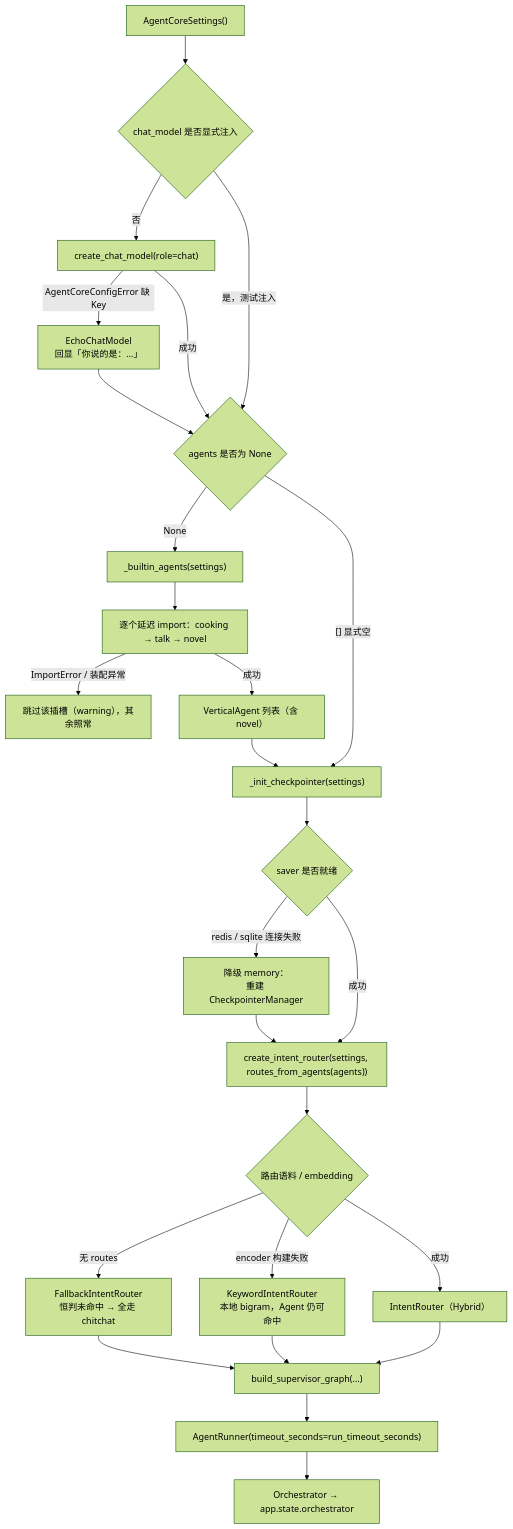
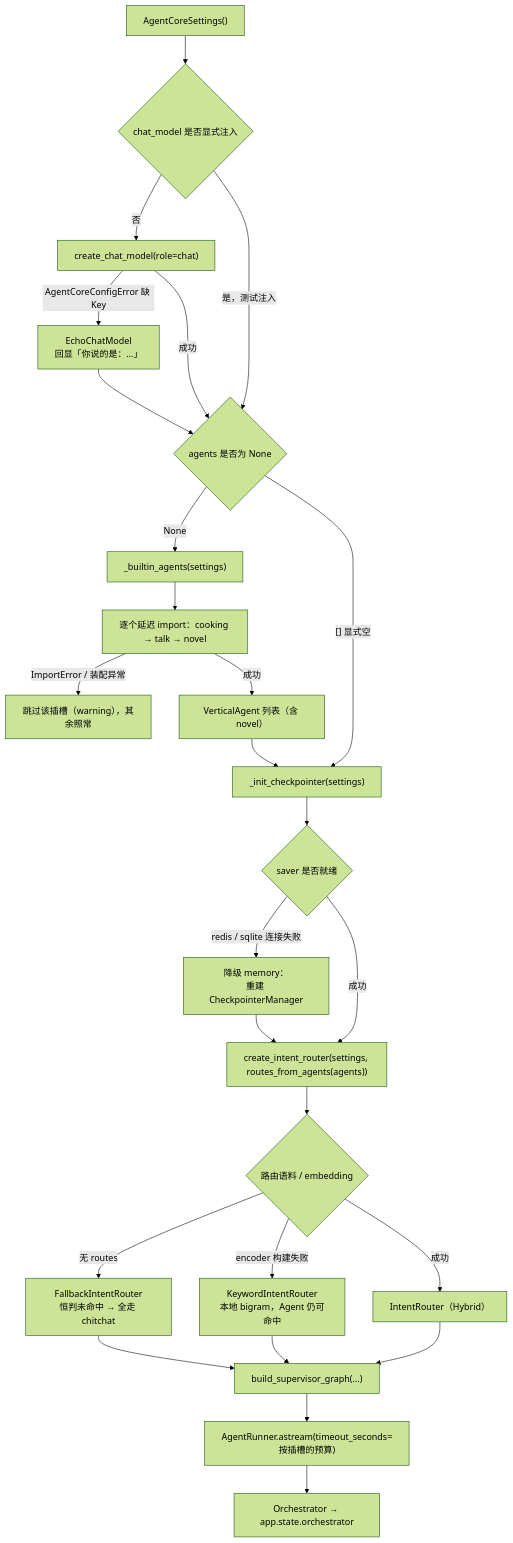
Before and after one commit to good-zheng/po: the third of 8 diagrams in services/agent-novel/链路图.md, drawn with Mermaid (forest theme). The commit also changed other lines of this file and 17 other files, not shown here.

````diff
--- a/services/agent-novel/链路图.md
+++ b/services/agent-novel/链路图.md
@@ -164,28 +164,28 @@
 ```mermaid
 flowchart TD
     S0["AgentCoreSettings()"] --> S1{"chat_model 是否显式注入"}
     S1 -->|否| S2["create_chat_model(role=chat)"]
     S2 -->|AgentCoreConfigError 缺 Key| S2F["EchoChatModel<br/>回显「你说的是：…」"]
     S2 -->|成功| S3
     S2F --> S3{"agents 是否为 None"}
     S1 -->|是，测试注入| S3
     S3 -->|None| S4["_builtin_agents(settings)"]
     S4 --> S4A["逐个延迟 import：cooking → talk → novel"]
     S4A -->|ImportError / 装配异常| S4F["跳过该插槽（warning），其余照常"]
     S4A -->|成功| S4C["VerticalAgent 列表（含 novel）"]
     S3 -->|"[] 显式空"| S5
     S4C --> S5["_init_checkpointer(settings)"]
     S5 --> S5A{"saver 是否就绪"}
     S5A -->|redis / sqlite 连接失败| S5F["降级 memory：<br/>重建 CheckpointerManager"]
     S5A -->|成功| S6
     S5F --> S6["create_intent_router(settings, routes_from_agents(agents))"]
     S6 --> S6A{"路由语料 / embedding"}
     S6A -->|无 routes| S6F1["FallbackIntentRouter<br/>恒判未命中 → 全走 chitchat"]
     S6A -->|encoder 构建失败| S6F2["KeywordIntentRouter<br/>本地 bigram，Agent 仍可命中"]
     S6A -->|成功| S6B["IntentRouter（Hybrid）"]
     S6F1 --> S7
     S6F2 --> S7
     S6B --> S7["build_supervisor_graph(...)"]
-    S7 --> S8["AgentRunner(timeout_seconds=run_timeout_seconds)"]
+    S7 --> S8["AgentRunner.astream(timeout_seconds=按插槽的预算)"]
     S8 --> S9["Orchestrator → app.state.orchestrator"]
 ```
````
